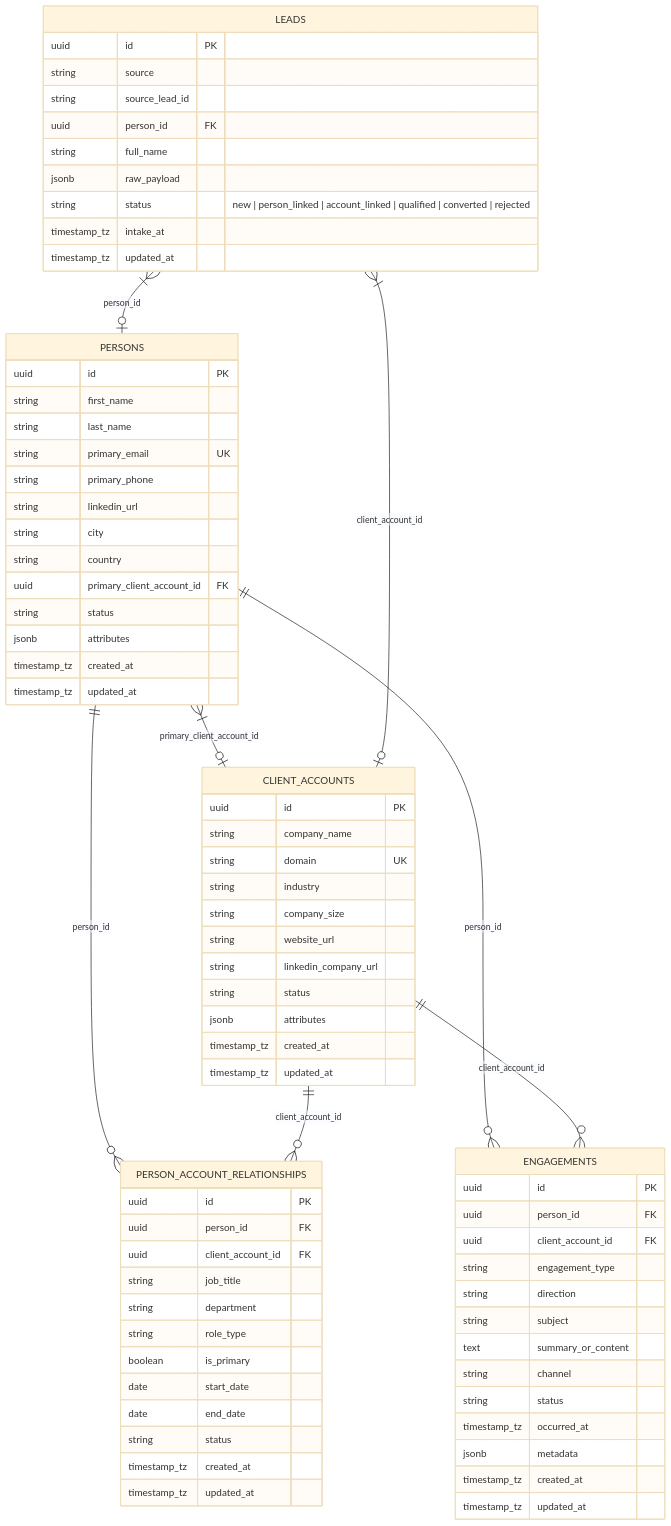
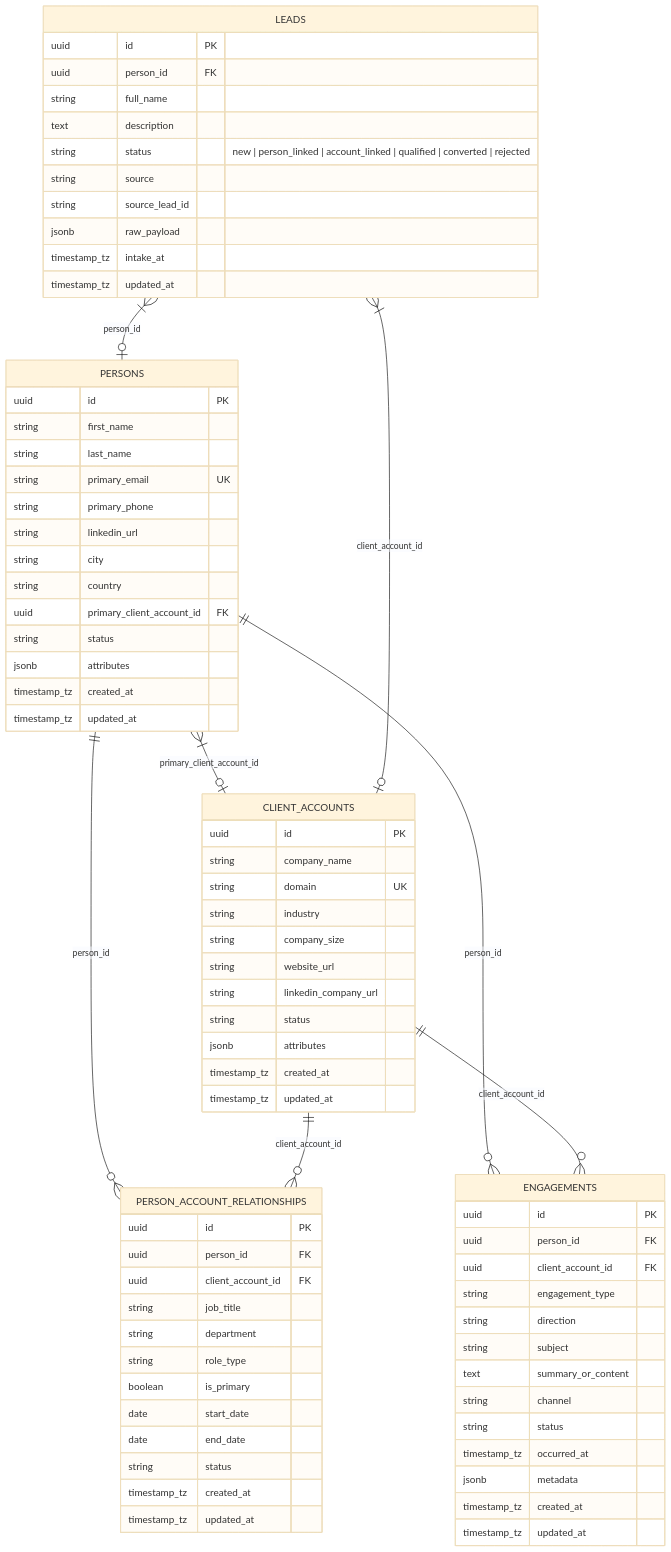
One commit to Data-Biz-AI-Consultancy/Jager changed the diagram in src/db/README.md. Above: the diagram before and after it, drawn with Mermaid (base theme). The commit also changed 4 other files, not shown here.

```diff
--- a/src/db/README.md
+++ b/src/db/README.md
@@ -40,12 +40,13 @@
 
     LEADS {
         uuid id PK
+        uuid person_id FK
+        string full_name
+        text description
+        string status "new | person_linked | account_linked | qualified | converted | rejected"
         string source
         string source_lead_id
-        uuid person_id FK
-        string full_name
         jsonb raw_payload
-        string status "new | person_linked | account_linked | qualified | converted | rejected"
         timestamp_tz intake_at
         timestamp_tz updated_at
     }
```
